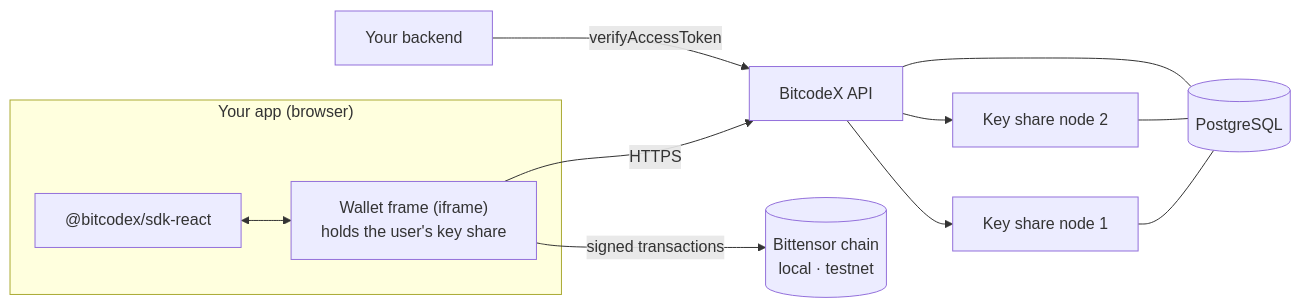
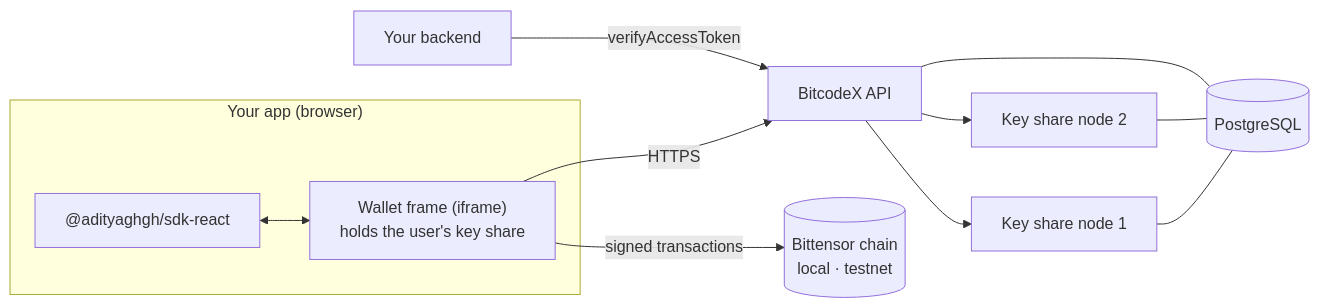
Before and after one commit to SomeshTalligeriDEV/bitcodeX-infra: the diagram in README.md, drawn with Mermaid. The commit also changed other lines of this file and 19 other files, not shown here.

````diff
--- a/README.md
+++ b/README.md
@@ -89,16 +89,16 @@
 ```mermaid
 flowchart LR
   subgraph App["Your app (browser)"]
-    SDK["@bitcodex/sdk-react"]
+    SDK["@adityaghgh/sdk-react"]
     Frame["Wallet frame (iframe)<br/>holds the user's key share"]
     SDK <--> Frame
   end
   Frame -->|"HTTPS"| API["BitcodeX API"]
   API --> N1["Key share node 1"]
   API --> N2["Key share node 2"]
   N1 --- DB[("PostgreSQL")]
   N2 --- DB
   API --- DB
   Frame -->|"signed transactions"| Chain[("Bittensor chain<br/>local · testnet")]
   Backend["Your backend"] -->|"verifyAccessToken"| API
 ```
````
